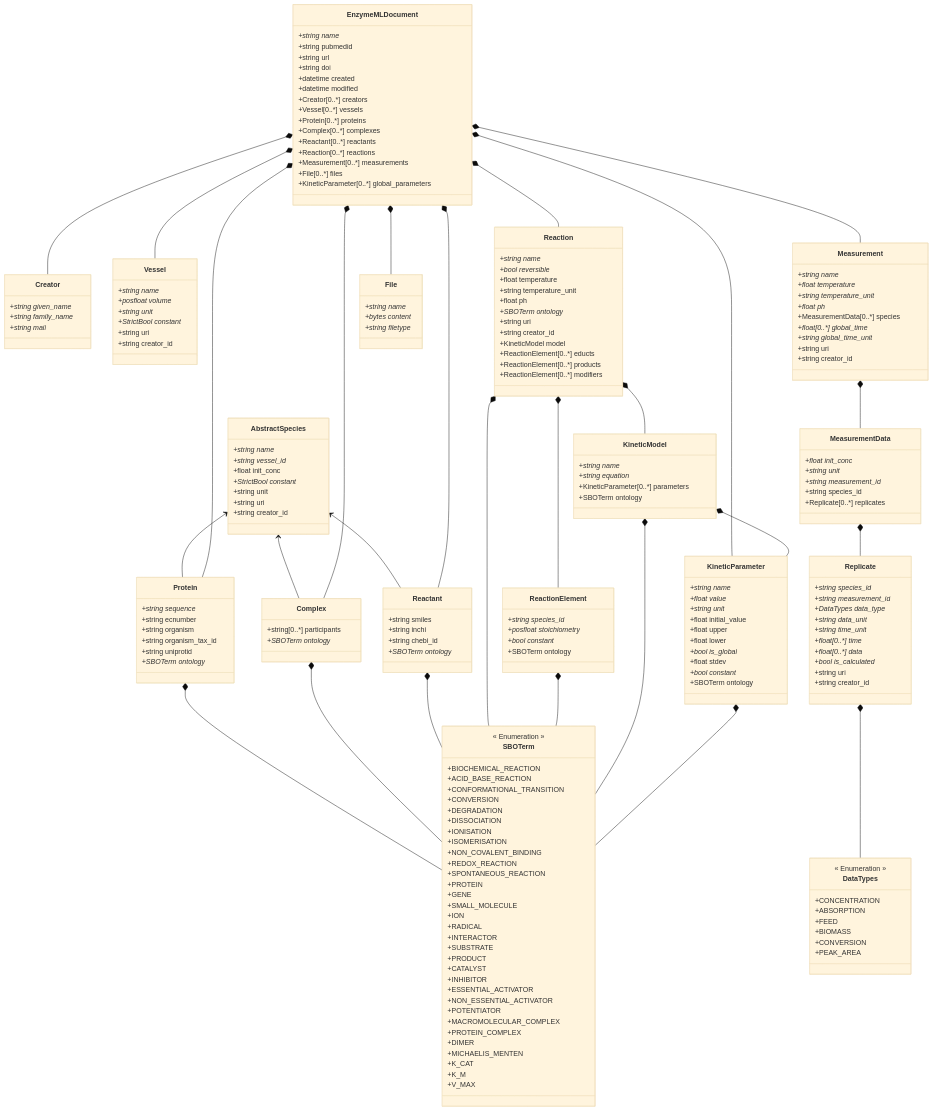
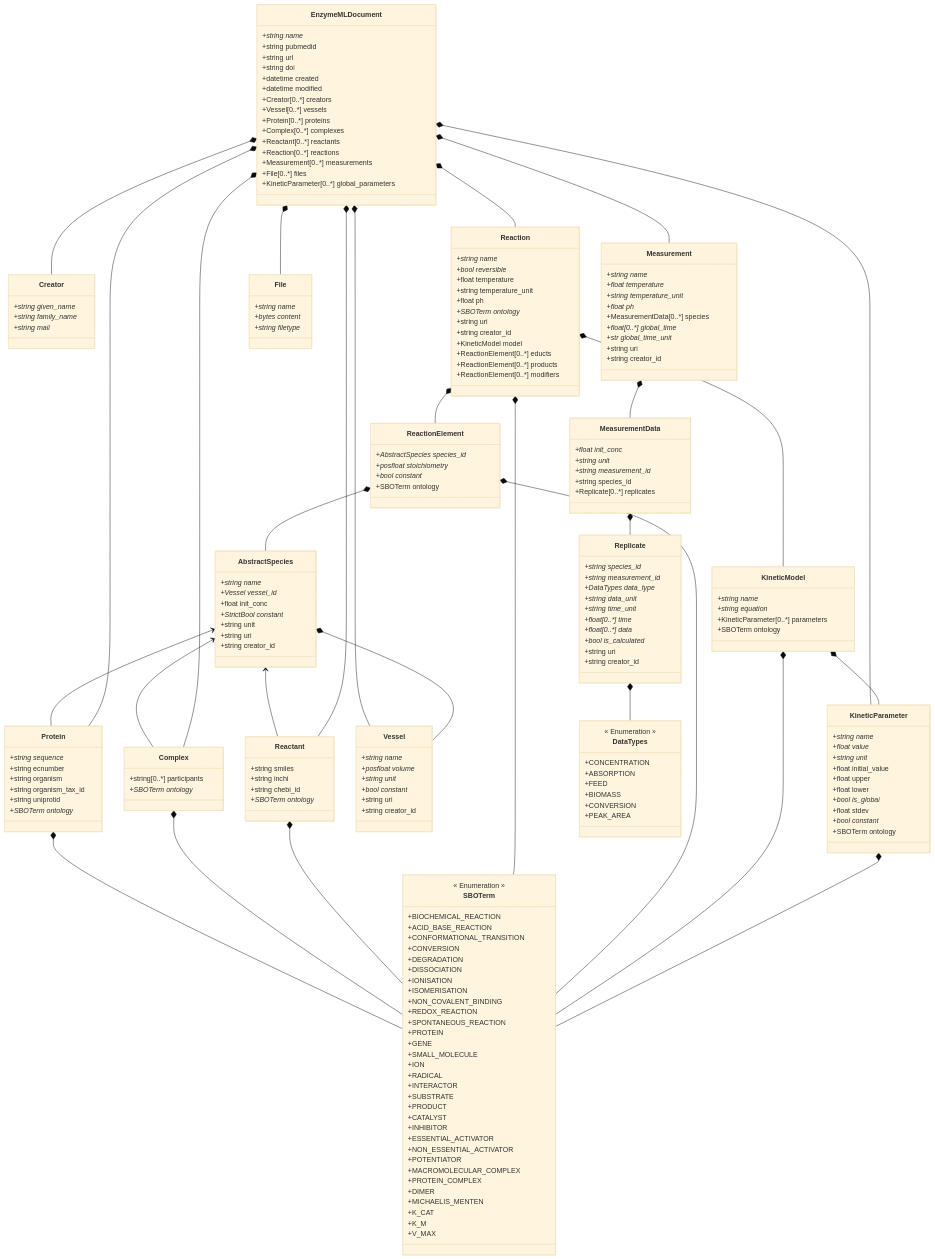
Before and after one commit to EnzymeML/enzymeml-specifications: the diagram in PyEnzyme/schemes/pyenzyme_schema.md, drawn with Mermaid (base theme). The commit also changed 16 other files, not shown here.

```diff
--- a/PyEnzyme/schemes/pyenzyme_schema.md
+++ b/PyEnzyme/schemes/pyenzyme_schema.md
@@ -12,6 +12,7 @@
     EnzymeMLDocument *-- KineticParameter
     EnzymeMLDocument *-- Measurement
     EnzymeMLDocument *-- File
+    AbstractSpecies *-- Vessel
     Protein *-- SBOTerm
     Complex *-- SBOTerm
     Reactant *-- SBOTerm
@@ -19,6 +20,7 @@
     Reaction *-- ReactionElement
     Reaction *-- KineticModel
     ReactionElement *-- SBOTerm
+    ReactionElement *-- AbstractSpecies
     KineticModel *-- SBOTerm
     KineticModel *-- KineticParameter
     KineticParameter *-- SBOTerm
@@ -54,14 +56,14 @@
         +string name*
         +posfloat volume*
         +string unit*
-        +StrictBool constant*
+        +bool constant*
         +string uri
         +string creator_id
     }
     
     class AbstractSpecies {
         +string name*
-        +string vessel_id*
+        +Vessel vessel_id*
         +float init_conc
         +StrictBool constant*
         +string unit
@@ -106,7 +108,7 @@
     }
     
     class ReactionElement {
-        +string species_id*
+        +AbstractSpecies species_id*
         +posfloat stoichiometry*
         +bool constant*
         +SBOTerm ontology
@@ -139,7 +141,7 @@
         +float ph*
         +MeasurementData[0..*] species
         +float[0..*] global_time*
-        +string global_time_unit*
+        +str global_time_unit*
         +string uri
         +string creator_id
     }
```
